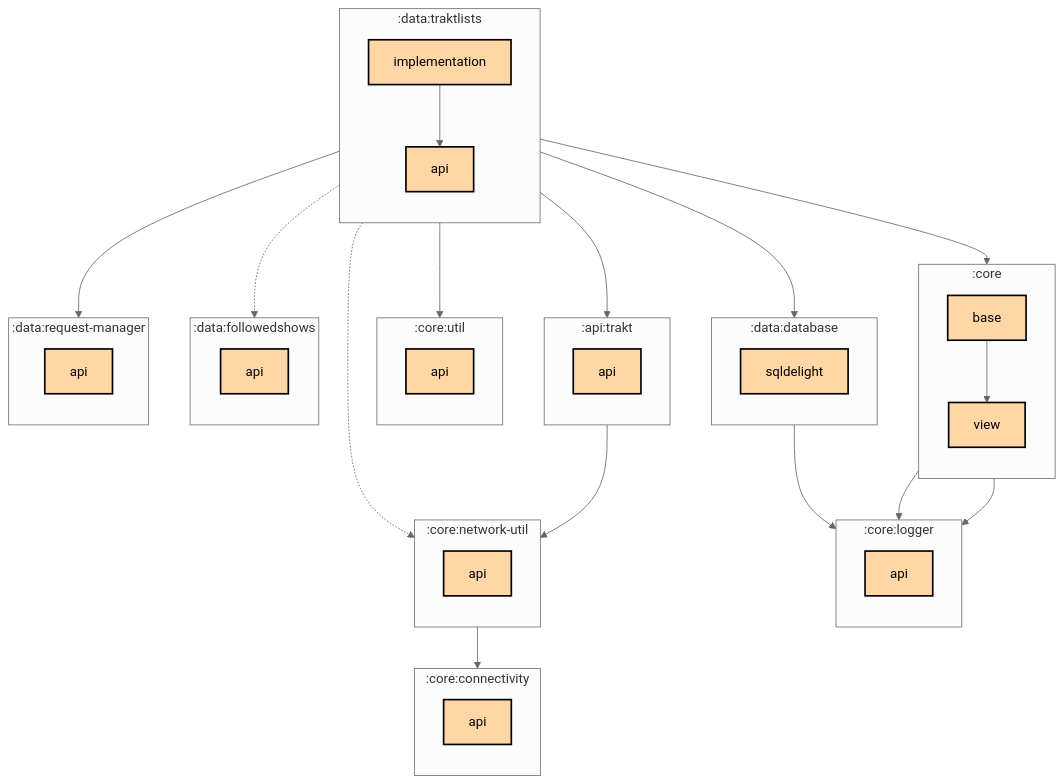
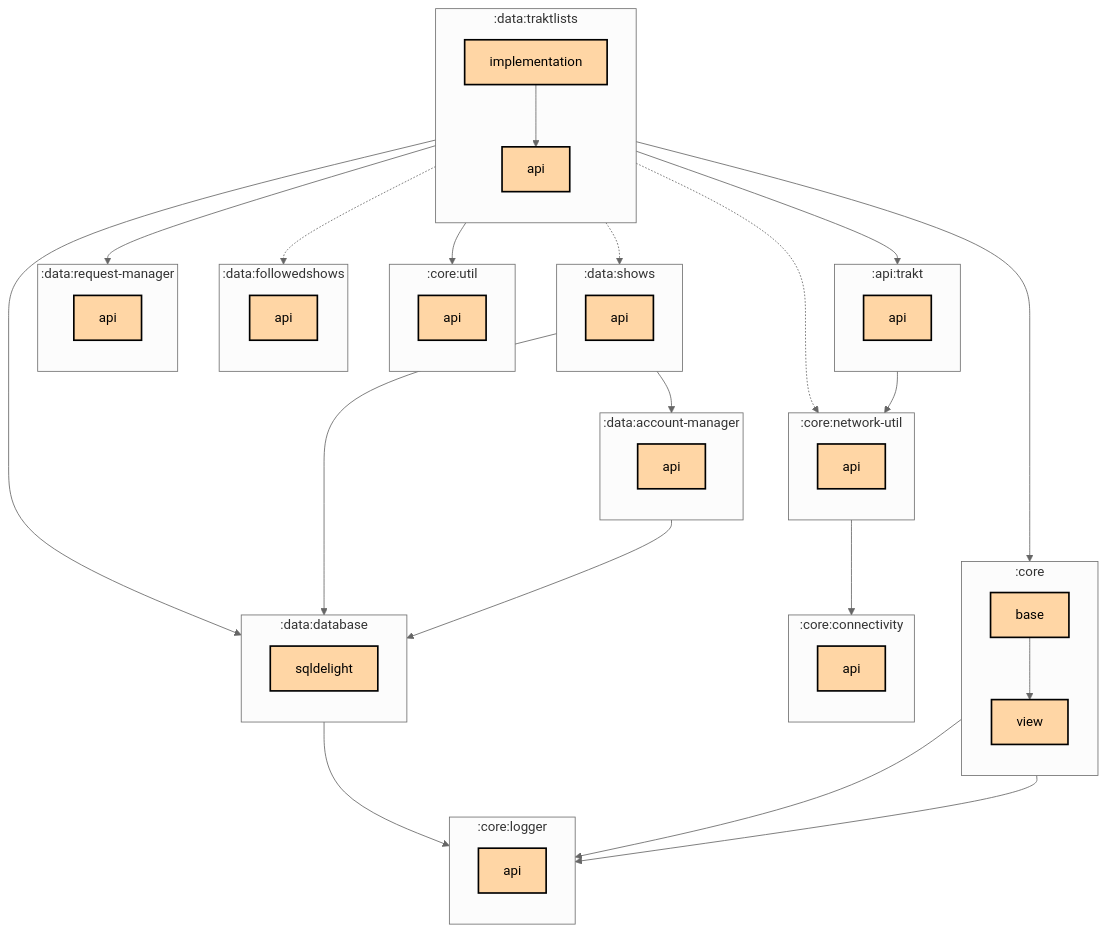
The first of 2 diagrams in data/traktlists/implementation/README.md (thomaskioko/tv-maniac), drawn with Mermaid (neutral theme) before and after one commit. The commit also changed 6 other files, not shown here.

Commit message:
🤖 Update module graphs

````diff
--- a/data/traktlists/implementation/README.md
+++ b/data/traktlists/implementation/README.md
@@ -6,66 +6,78 @@
 ```mermaid
 graph TB
   subgraph :api:trakt
     direction TB
     :api:trakt:api[api]:::multiplatform
   end
   subgraph :core
     direction TB
     :core:base[base]:::multiplatform
     :core:view[view]:::multiplatform
   end
   subgraph :core:connectivity
     direction TB
     :core:connectivity:api[api]:::multiplatform
   end
   subgraph :core:logger
     direction TB
     :core:logger:api[api]:::multiplatform
   end
   subgraph :core:network-util
     direction TB
     :core:network-util:api[api]:::multiplatform
   end
   subgraph :core:util
     direction TB
     :core:util:api[api]:::multiplatform
   end
+  subgraph :data:account-manager
+    direction TB
+    :data:account-manager:api[api]:::multiplatform
+  end
   subgraph :data:database
     direction TB
     :data:database:sqldelight[sqldelight]:::multiplatform
   end
   subgraph :data:followedshows
     direction TB
     :data:followedshows:api[api]:::multiplatform
   end
   subgraph :data:request-manager
     direction TB
     :data:request-manager:api[api]:::multiplatform
   end
+  subgraph :data:shows
+    direction TB
+    :data:shows:api[api]:::multiplatform
+  end
   subgraph :data:traktlists
     direction TB
     :data:traktlists:api[api]:::multiplatform
     :data:traktlists:implementation[implementation]:::multiplatform
   end
 
   :api:trakt:api --> :core:network-util:api
   :core:base --> :core:logger:api
   :core:base --> :core:view
   :core:network-util:api --> :core:connectivity:api
   :core:view --> :core:logger:api
+  :data:account-manager:api --> :data:database:sqldelight
   :data:database:sqldelight --> :core:logger:api
+  :data:shows:api --> :data:account-manager:api
+  :data:shows:api --> :data:database:sqldelight
   :data:traktlists:implementation --> :api:trakt:api
   :data:traktlists:implementation --> :core:base
   :data:traktlists:implementation -.-> :core:network-util:api
   :data:traktlists:implementation --> :core:util:api
   :data:traktlists:implementation --> :data:database:sqldelight
   :data:traktlists:implementation -.-> :data:followedshows:api
   :data:traktlists:implementation --> :data:request-manager:api
+  :data:traktlists:implementation -.-> :data:shows:api
   :data:traktlists:implementation --> :data:traktlists:api
 
 classDef application fill:#CAFFBF,stroke:#000,stroke-width:2px,color:#000;
 classDef multiplatform fill:#FFD6A5,stroke:#000,stroke-width:2px,color:#000;
 classDef android-library fill:#9BF6FF,stroke:#000,stroke-width:2px,color:#000;
 classDef jvm-library fill:#BDB2FF,stroke:#000,stroke-width:2px,color:#000;
 classDef unknown fill:#FFADAD,stroke:#000,stroke-width:2px,color:#000;
 ```
````
